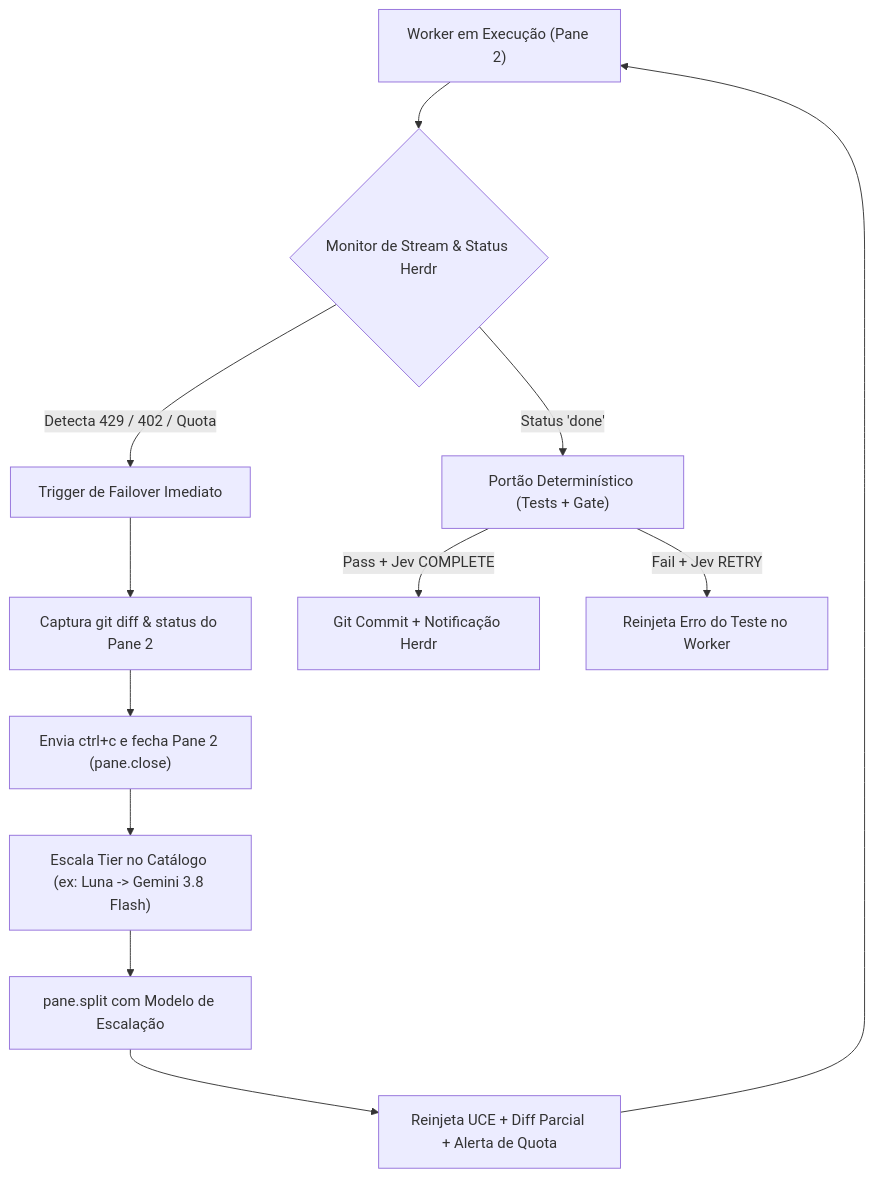
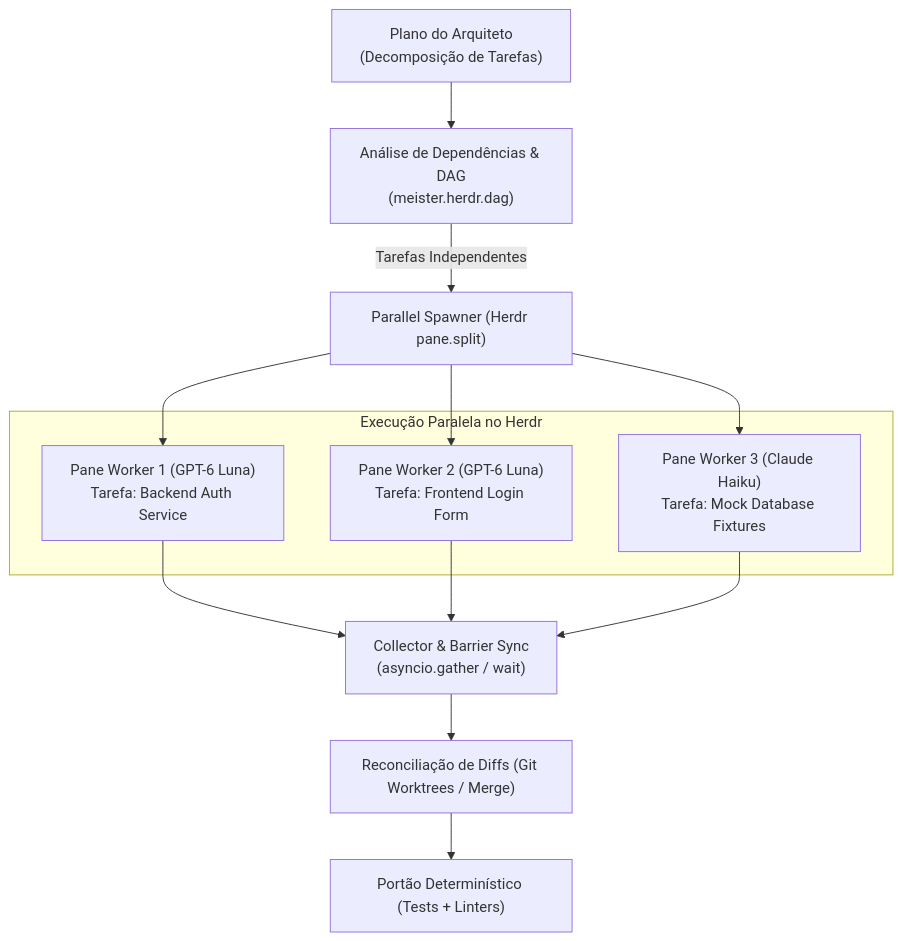
One commit to CristianonCarvalho/meisterrouter changed the third of 3 diagrams in docs/superpowers/specs/2026-09-26-meisterrouter-herdr-plugin-design.md. Above: the diagram before and after it, drawn with Mermaid. The commit also changed other lines of this file, not shown here.

Commit message:
docs: add declarative model config, worker tier order, and parallel task execution

````diff
--- a/docs/superpowers/specs/2026-09-26-meisterrouter-herdr-plugin-design.md
+++ b/docs/superpowers/specs/2026-09-26-meisterrouter-herdr-plugin-design.md
@@ -223,17 +274,23 @@
 ```mermaid
 flowchart TD
-    WorkerRun["Worker em Execução (Pane 2)"] --> OutputMonitor{"Monitor de Stream & Status Herdr"}
+    ArchitectPlan["Plano do Arquiteto<br/>(Decomposição de Tarefas)"] --> DAGBuilder["Análise de Dependências & DAG<br/>(meister.herdr.dag)"]
     
-    OutputMonitor -->|Status 'done'| DeterministicGate["Portão Determinístico (Tests + Gate)"]
-    OutputMonitor -->|Detecta 429 / 402 / Quota| TriggerFailover["Trigger de Failover Imediato"]
+    DAGBuilder -->|Tarefas Independentes| ParallelSpawn["Parallel Spawner (Herdr pane.split)"]
     
-    TriggerFailover --> CaptureStash["Captura git diff & status do Pane 2"]
-    CaptureStash --> KillFailingPane["Envia ctrl+c e fecha Pane 2 (pane.close)"]
-    KillFailingPane --> EscalateTier["Escala Tier no Catálogo (ex: Luna -> Gemini 3.8 Flash)"]
-    EscalateTier --> SpawnNewPane["pane.split com Modelo de Escalação"]
-    SpawnNewPane --> InjectUCE["Reinjeta UCE + Diff Parcial + Alerta de Quota"]
-    InjectUCE --> WorkerRun
+    subgraph ConcurrentPanes["Execução Paralela no Herdr"]
+        PaneW1["Pane Worker 1 (GPT-6 Luna)<br/>Tarefa: Backend Auth Service"]
+        PaneW2["Pane Worker 2 (GPT-6 Luna)<br/>Tarefa: Frontend Login Form"]
+        PaneW3["Pane Worker 3 (Claude Haiku)<br/>Tarefa: Mock Database Fixtures"]
+    end
 
-    DeterministicGate -->|Pass + Jev COMPLETE| GitCommit["Git Commit + Notificação Herdr"]
-    DeterministicGate -->|Fail + Jev RETRY| InjectTestError["Reinjeta Erro do Teste no Worker"]
+    ParallelSpawn --> PaneW1
+    ParallelSpawn --> PaneW2
+    ParallelSpawn --> PaneW3
+
+    PaneW1 --> Collector["Collector & Barrier Sync<br/>(asyncio.gather / wait)"]
+    PaneW2 --> Collector
+    PaneW3 --> Collector
+
+    Collector --> MergeValidation["Reconciliação de Diffs (Git Worktrees / Merge)"]
+    MergeValidation --> DeterministicGate["Portão Determinístico (Tests + Linters)"]
 ```
````
